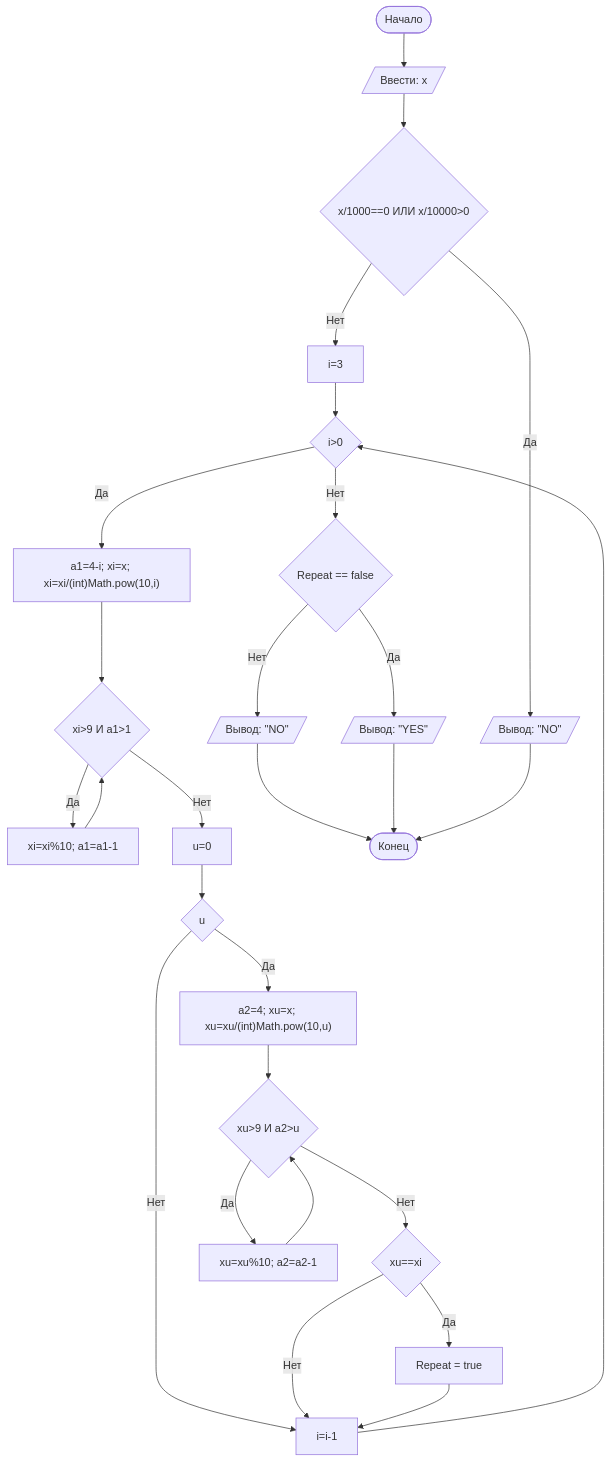
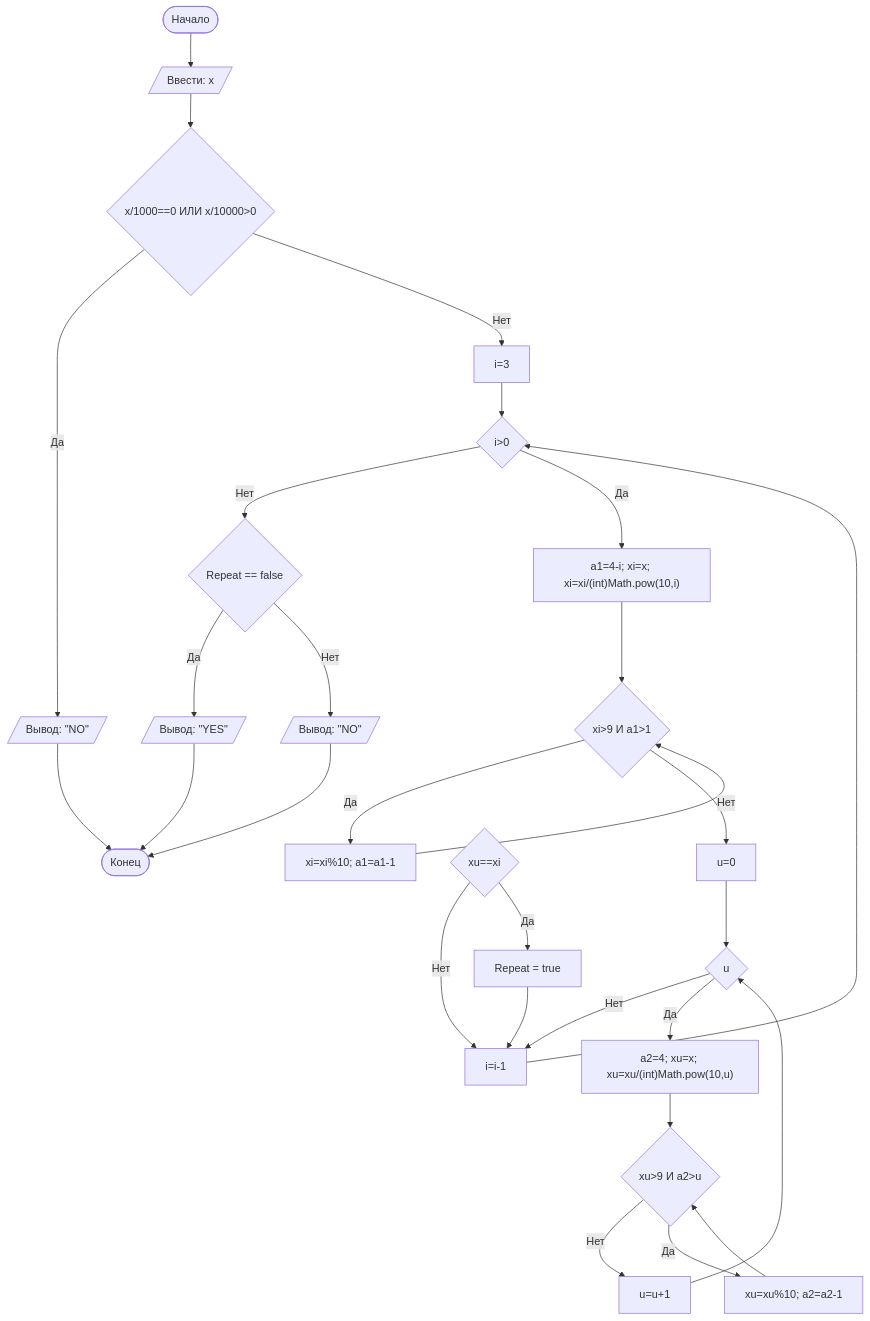
Before and after one commit to Tabooretishe/Lab1: the diagram in README.md, drawn with Mermaid.

````diff
--- a/README.md
+++ b/README.md
@@ -83,31 +83,33 @@
 ```mermaid
 graph TD
     A([Начало]) --> B[/Ввести: x/]
     B --> C{x/1000==0 ИЛИ x/10000>0}
     C -- Да --> D[/Вывод: "NO"/]
     C -- Нет --> Y[i=3]
     Y-->R{i>0}
     R -- Нет --> P{Repeat == false}
     R--Да-->W["a1=4-i; xi=x; xi=xi/(int)Math.pow(10,i)"]
     W-->S{xi>9 И a1>1}
     S-- Да --> I[xi=xi%10; a1=a1-1]
     I-->S
     S-- Нет --> X[u=0]
     X-->O{u<i}
     O -- Нет --> Q
     O-- Да --> F["a2=4; xu=x; xu=xu/(int)Math.pow(10,u)"]
     F-->M{xu>9 И a2>u}
-    M-- Нет --> N{xu==xi}
+    M-- Нет --> QQ[u=u+1]
     M-- Да --> G[xu=xu%10; a2=a2-1]
     G-->M
+    QQ-->O
+    N{xu==xi}
     N-- Нет --> Q[i=i-1]
     N-- Да --> FE[Repeat = true]
     FE-->Q
     Q-->R
     P--Да-->L[/Вывод: "YES"/]
     P--Нет-->K[/Вывод: "NO"/]
     K-->Z
     L-->Z
     D --> Z([Конец])
 
 ```
````
